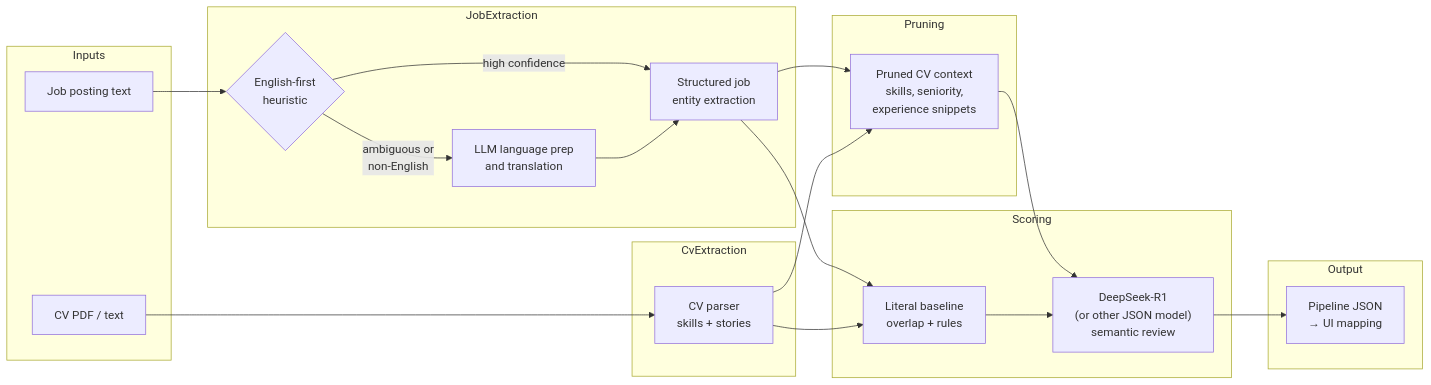
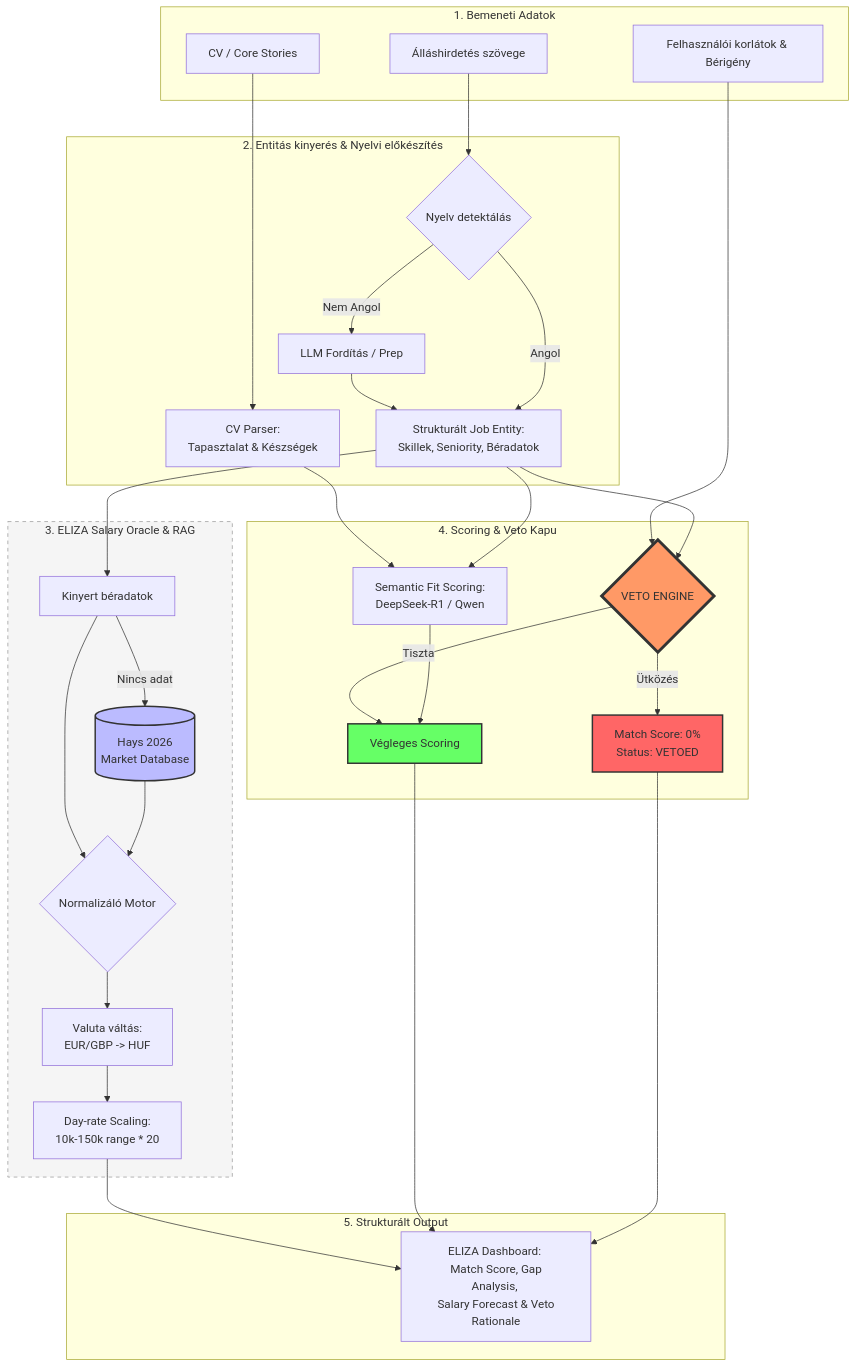
One commit to NyiroM/Eliza changed the diagram in README.md. Above: the diagram before and after it, drawn with Mermaid.

````diff
--- a/README.md
+++ b/README.md
@@ -24,43 +24,72 @@
 ```mermaid
-flowchart LR
-  subgraph Inputs
-    J[Job posting text]
-    C[CV PDF / text]
-  end
+flowchart TD
+    %% Inputs
+    subgraph Inputs ["1. Bemeneti Adatok"]
+        J[Álláshirdetés szövege]
+        C[CV / Core Stories]
+        U[Felhasználói korlátok & Bérigény]
+    end
 
-  subgraph JobExtraction
-    EN{English-first\nheuristic}
-    LT[LLM language prep\nand translation]
-    JE[Structured job\nentity extraction]
-    J --> EN
-    EN -->|high confidence| JE
-    EN -->|ambiguous or\nnon-English| LT
-    LT --> JE
-  end
+    %% Extraction & Prep
+    subgraph Extraction ["2. Entitás kinyerés & Nyelvi előkészítés"]
+        EN{Nyelv detektálás}
+        TRANS[LLM Fordítás / Prep]
+        JE[Strukturált Job Entity: \n Skillek, Seniority, Béradatok]
+        
+        J --> EN
+        EN -- Nem Angol --> TRANS
+        TRANS --> JE
+        EN -- Angol --> JE
+        C --> CP[CV Parser: \n Tapasztalat & Készségek]
+    end
 
-  subgraph CvExtraction
-    CP[CV parser\nskills + stories]
-  end
+    %% The Oracle Logic
+    subgraph Oracle ["3. ELIZA Salary Oracle & RAG"]
+        RAG[(Hays 2026 \n Market Database)]
+        EXT_SAL[Kinyert béradatok]
+        
+        JE --> EXT_SAL
+        EXT_SAL -- Nincs adat --> RAG
+        
+        NORM{Normalizáló Motor}
+        EXT_SAL --> NORM
+        RAG --> NORM
+        
+        CURR[Valuta váltás: \n EUR/GBP -> HUF]
+        SCALE[Day-rate Scaling: \n 10k-150k range * 20]
+        
+        NORM --> CURR
+        CURR --> SCALE
+    end
 
-  subgraph Pruning
-    P[Pruned CV context\nskills, seniority,\nexperience snippets]
-  end
+    %% Scoring & Veto
+    subgraph Analysis ["4. Scoring & Veto Kapu"]
+        SCO[Semantic Fit Scoring: \n DeepSeek-R1 / Qwen]
+        VETO{VETO ENGINE}
+        
+        U --> VETO
+        JE --> VETO
+        CP --> SCO
+        JE --> SCO
+        
+        VETO -- Ütközés --> FAIL[Match Score: 0% \n Status: VETOED]
+        VETO -- Tiszta --> PASS[Végleges Scoring]
+    end
 
-  subgraph Scoring
-    B[Literal baseline\noverlap + rules]
-    R["DeepSeek-R1\n(or other JSON model)\nsemantic review"]
-  end
+    %% Output
+    subgraph Output ["5. Strukturált Output"]
+        UI[ELIZA Dashboard: \n Match Score, Gap Analysis, \n Salary Forecast & Veto Rationale]
+    end
 
-  subgraph Output
-    U[Pipeline JSON\n→ UI mapping]
-  end
+    SCALE --> UI
+    PASS --> UI
+    FAIL --> UI
+    SCO --> PASS
 
-  C --> CP
-  JE --> P
-  CP --> P
-  JE --> B
-  CP --> B
-  P --> R
-  B --> R
-  R --> U
+    %% Styling
+    style VETO fill:#f96,stroke:#333,stroke-width:4px
+    style RAG fill:#bbf,stroke:#333,stroke-width:2px
+    style FAIL fill:#f66,stroke:#333,stroke-width:2px
+    style PASS fill:#6f6,stroke:#333,stroke-width:2px
+    style Oracle fill:#f5f5f5,stroke:#999,stroke-dasharray: 5 5
 ```
````
